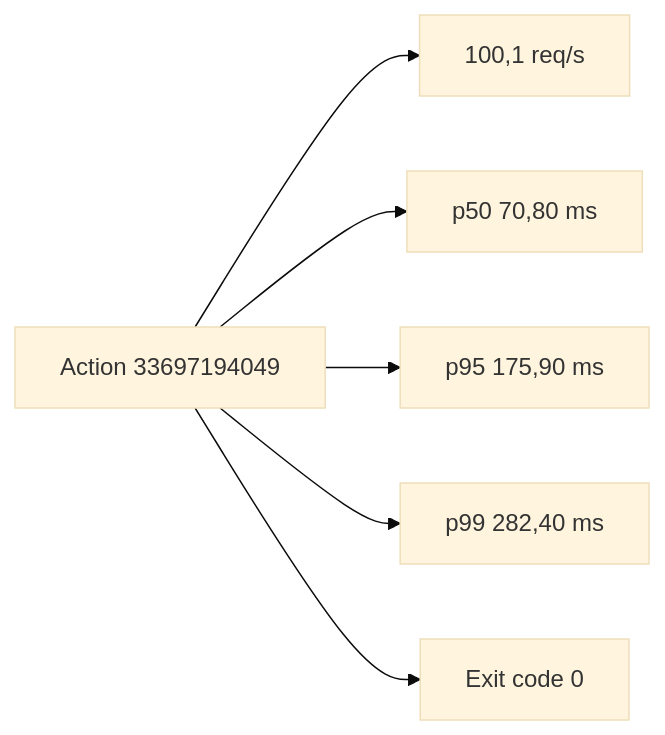
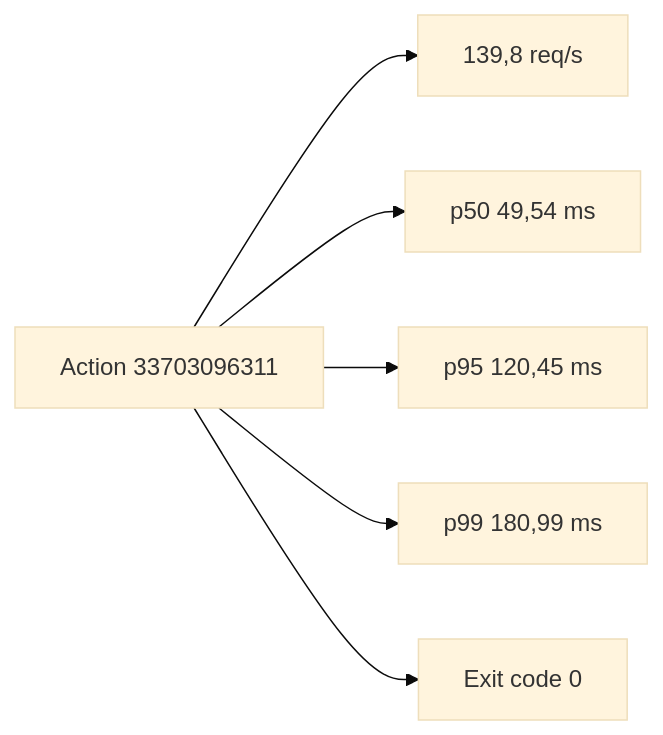
Before and after one commit to renansko/jugle-gaming-test: the seventh of 7 diagrams in evidencias/carga-curta.md, drawn with Mermaid (base theme). The commit also changed other lines of this file and 7 other files, not shown here.

````diff
--- a/evidencias/carga-curta.md
+++ b/evidencias/carga-curta.md
@@ -88,8 +88,8 @@
 ```mermaid
 flowchart LR
-    Run["Action 33697194049"] --> Rate["100,1 req/s"]
-    Run --> P50["p50 70,80 ms"]
-    Run --> P95["p95 175,90 ms"]
-    Run --> P99["p99 282,40 ms"]
+    Run["Action 33703096311"] --> Rate["139,8 req/s"]
+    Run --> P50["p50 49,54 ms"]
+    Run --> P95["p95 120,45 ms"]
+    Run --> P99["p99 180,99 ms"]
     Run --> Exit["Exit code 0"]
 ```
````
